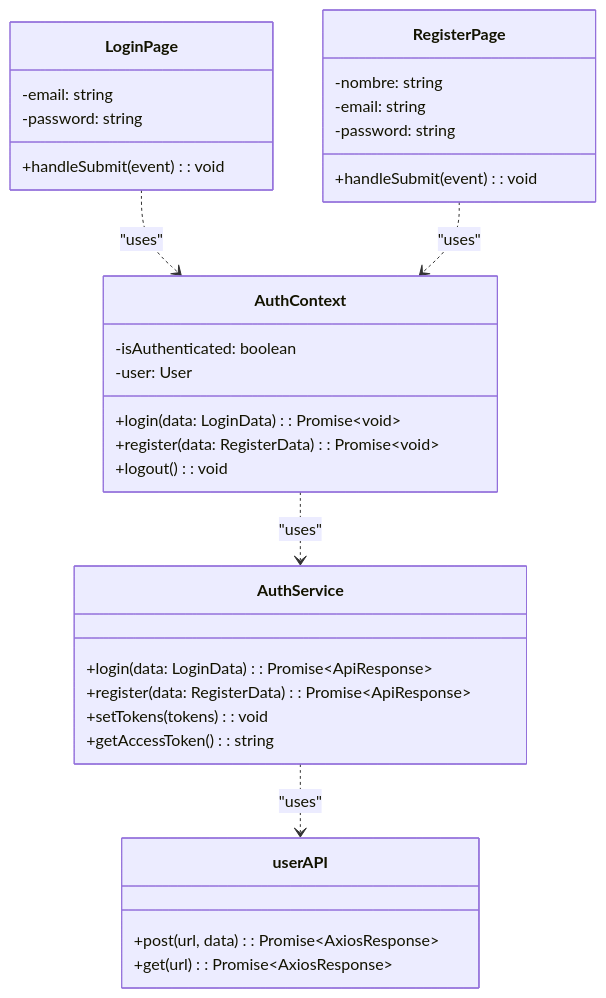
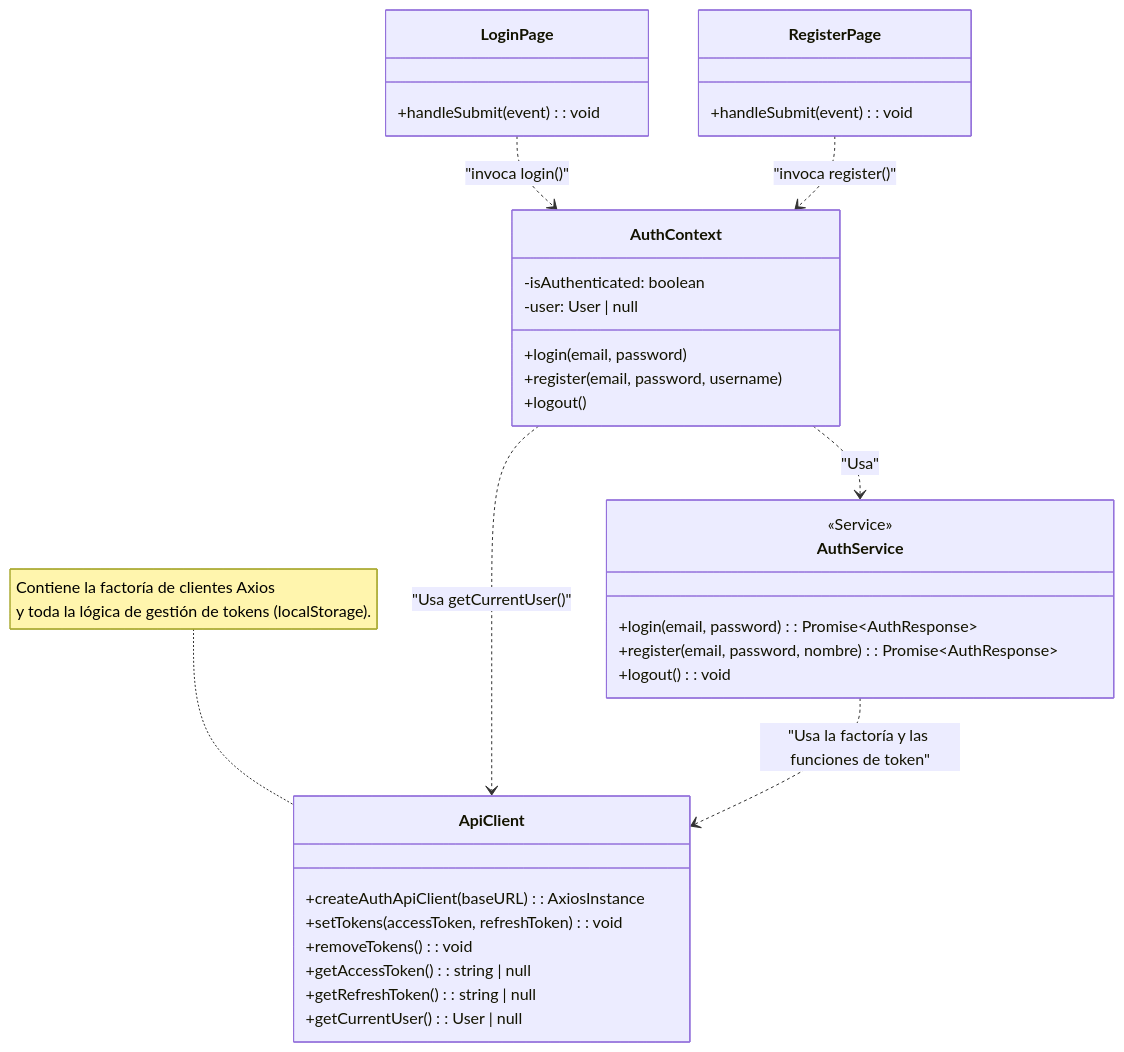
One commit to ivanPeceto/Sistema-ERP-Como-en-Casa changed the diagram in graficos/Obsidian Vault/Frontend/Diagrama Clases Login y Register.md. Above: the diagram before and after it, drawn with Mermaid. The commit also changed 11 other files, not shown here.

````diff
--- a/graficos/Obsidian Vault/Frontend/Diagrama Clases Login y Register.md
+++ b/graficos/Obsidian Vault/Frontend/Diagrama Clases Login y Register.md
@@ -1,40 +1,46 @@
 ```mermaid
 classDiagram
+    direction TD
+
     class LoginPage {
-        -email: string
-        -password: string
         +handleSubmit(event): void
     }
     
     class RegisterPage {
-	    -nombre: string
-        -email: string
-        -password: string
         +handleSubmit(event): void
     }
 
     class AuthContext {
         -isAuthenticated: boolean
-        -user: User
-        +login(data: LoginData): Promise~void~
-        +register(data: RegisterData): Promise~void~
+        -user: User | null
+        +login(email, password)
+        +register(email, password, username)
+        +logout()
+    }
+
+    class AuthService {
+        <<Service>>
+        +login(email, password): Promise~AuthResponse~
+        +register(email, password, nombre): Promise~AuthResponse~
         +logout(): void
     }
 
-    class AuthService {
-        +login(data: LoginData): Promise~ApiResponse~
-        +register(data: RegisterData): Promise~ApiResponse~
-        +setTokens(tokens): void
-        +getAccessToken(): string
+    class ApiClient {
+        +createAuthApiClient(baseURL): AxiosInstance
+        +setTokens(accessToken, refreshToken): void
+        +removeTokens(): void
+        +getAccessToken(): string | null
+        +getRefreshToken(): string | null
+        +getCurrentUser(): User | null
     }
+    
+    note for ApiClient "Contiene la factoría de clientes Axios<br/>y toda la lógica de gestión de tokens (localStorage)."
 
-    class userAPI {
-        +post(url, data): Promise~AxiosResponse~
-        +get(url): Promise~AxiosResponse~
-    }
+    LoginPage ..> AuthContext : "invoca login()"
+    RegisterPage ..> AuthContext : "invoca register()"
+    
+    AuthContext ..> AuthService : "Usa"
+    AuthContext ..> ApiClient : "Usa getCurrentUser()"
 
-    LoginPage ..> AuthContext : "uses"
-	RegisterPage..> AuthContext: "uses"
-	AuthContext ..> AuthService : "uses"
-    AuthService ..> userAPI : "uses"
-``` 
+    AuthService ..> ApiClient : "Usa la factoría y las funciones de token"
+```
````
